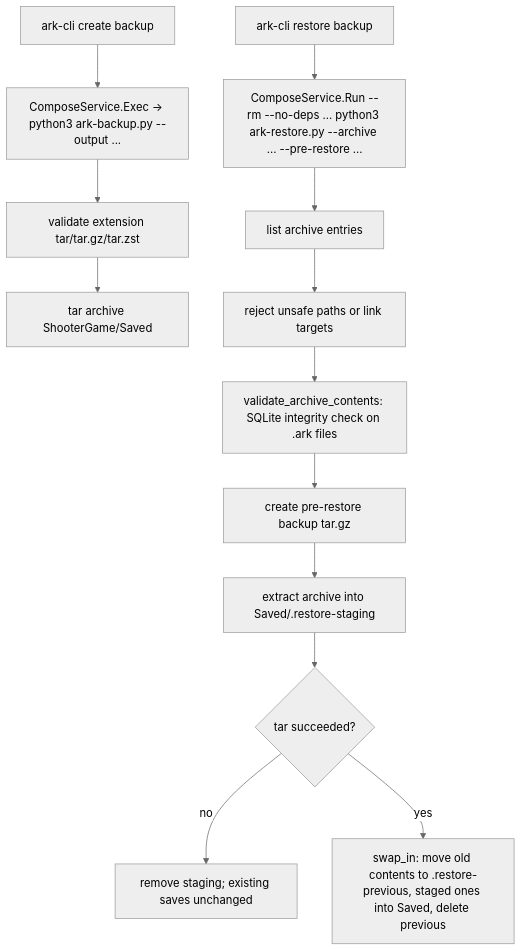
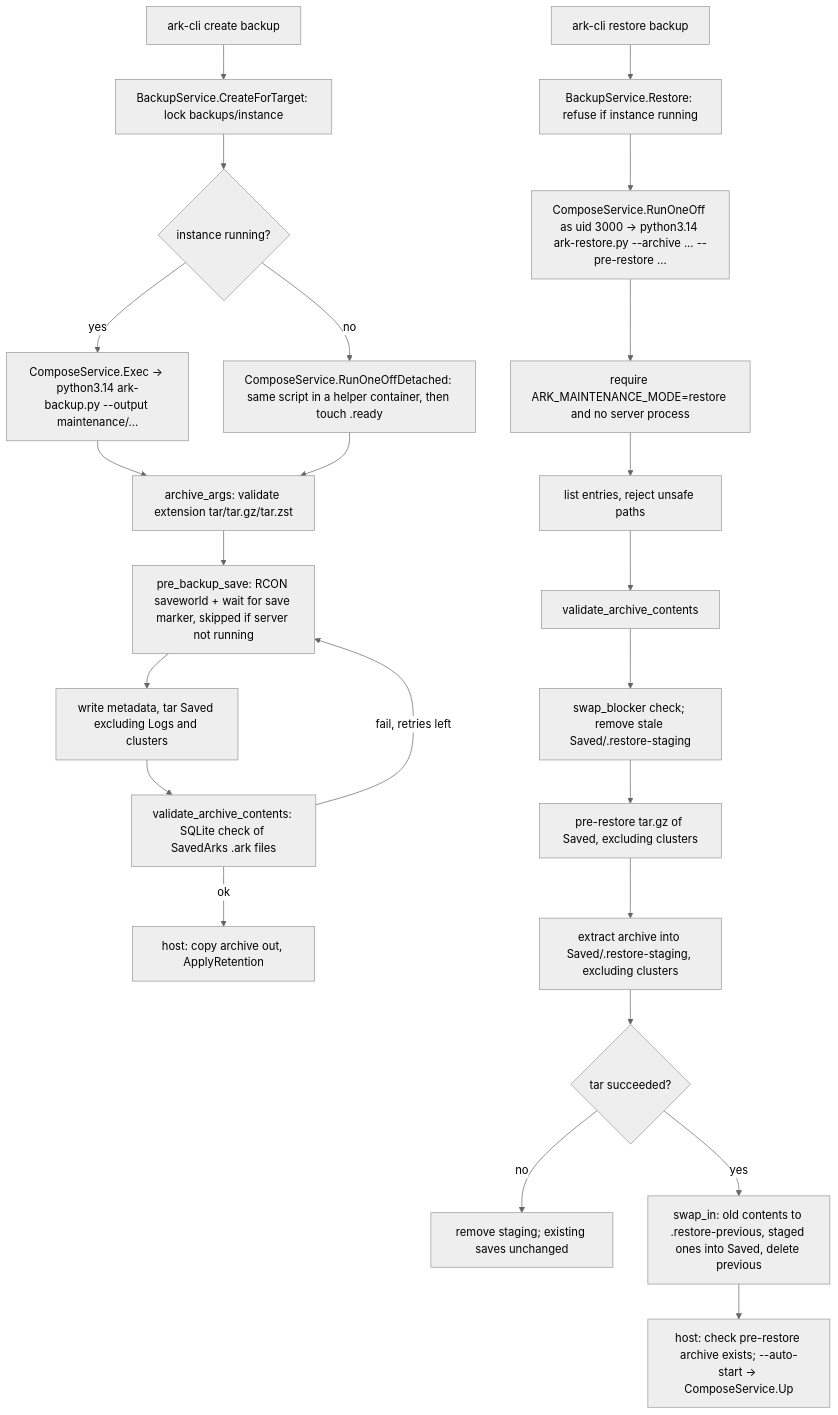
One commit to bryanwieg/arkascended-server changed the third of 12 diagrams in docs/dev/reference/runtime-call-graph.md. Above: the diagram before and after it, drawn with Mermaid (neutral theme). The commit also changed other lines of this file and 38 other files, not shown here.

````diff
--- a/docs/dev/reference/runtime-call-graph.md
+++ b/docs/dev/reference/runtime-call-graph.md
@@ -63,16 +70,27 @@
 ```mermaid
 flowchart TD
-    A[ark-cli create backup] --> B[ComposeService.Exec → python3 ark-backup.py --output ...]
-    B --> C[validate extension tar/tar.gz/tar.zst]
-    C --> D[tar archive ShooterGame/Saved]
+    A[ark-cli create backup] --> A1[BackupService.CreateForTarget: lock backups/instance]
+    A1 --> A2{instance running?}
+    A2 -->|"yes"| B[ComposeService.Exec → python3.14 ark-backup.py --output maintenance/...]
+    A2 -->|"no"| B2[ComposeService.RunOneOffDetached: same script in a helper container, then touch .ready]
+    B --> C[archive_args: validate extension tar/tar.gz/tar.zst]
+    B2 --> C
+    C --> D[pre_backup_save: RCON saveworld + wait for save marker, skipped if server not running]
+    D --> D1[write metadata, tar Saved excluding Logs and clusters]
+    D1 --> D2[validate_archive_contents: SQLite check of SavedArks .ark files]
+    D2 -->|"fail, retries left"| D
+    D2 -->|"ok"| D3[host: copy archive out, ApplyRetention]
 
-    E[ark-cli restore backup] --> F[ComposeService.Run --rm --no-deps ... python3 ark-restore.py --archive ... --pre-restore ...]
-    F --> G[list archive entries]
-    G --> H[reject unsafe paths or link targets]
-    H --> I[validate_archive_contents: SQLite integrity check on .ark files]
-    I --> J[create pre-restore backup tar.gz]
-    J --> K[extract archive into Saved/.restore-staging]
+    E[ark-cli restore backup] --> E1[BackupService.Restore: refuse if instance running]
+    E1 --> F[ComposeService.RunOneOff as uid 3000 → python3.14 ark-restore.py --archive ... --pre-restore ...]
+    F --> F1[require ARK_MAINTENANCE_MODE=restore and no server process]
+    F1 --> H[list entries, reject unsafe paths]
+    H --> I[validate_archive_contents]
+    I --> I1[swap_blocker check; remove stale Saved/.restore-staging]
+    I1 --> J[pre-restore tar.gz of Saved, excluding clusters]
+    J --> K[extract archive into Saved/.restore-staging, excluding clusters]
     K --> M{tar succeeded?}
-    M -- no --> N[remove staging; existing saves unchanged]
-    M -- yes --> L[swap_in: move old contents to .restore-previous, staged ones into Saved, delete previous]
+    M -->|"no"| N[remove staging; existing saves unchanged]
+    M -->|"yes"| L[swap_in: old contents to .restore-previous, staged ones into Saved, delete previous]
+    L --> L1[host: check pre-restore archive exists; --auto-start → ComposeService.Up]
 ```
````
